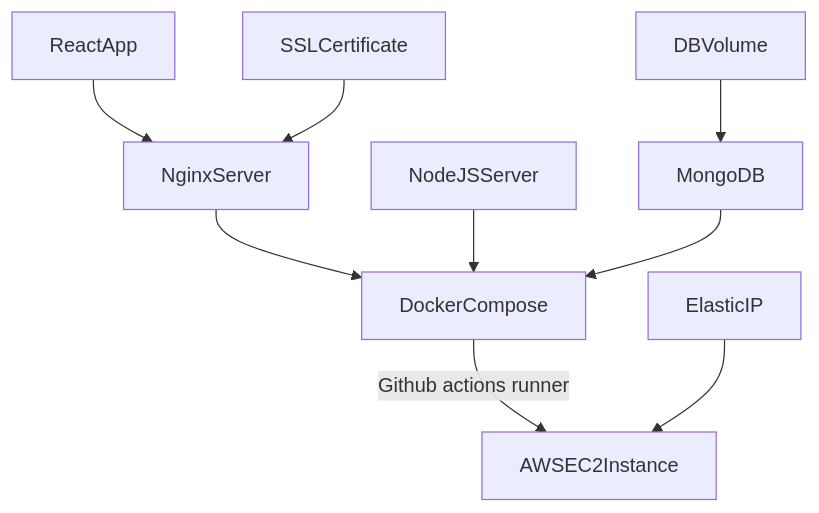
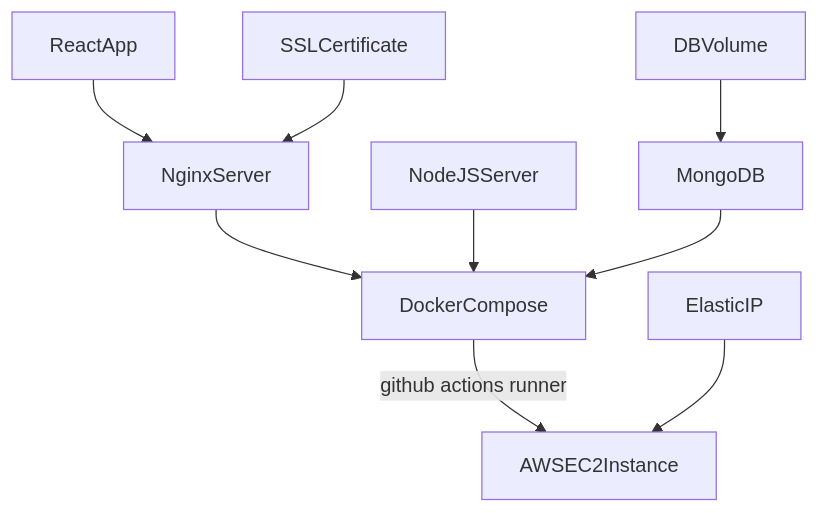
One commit to CarlaCGDM/open-virtual-tours changed the diagram in README.md. Above: the diagram before and after it, drawn with Mermaid.

````diff
--- a/README.md
+++ b/README.md
@@ -26,11 +26,11 @@
 ```mermaid
 graph TD;
     ReactApp-->NginxServer;
     SSLCertificate-->NginxServer;
     NginxServer-->DockerCompose;
     NodeJSServer-->DockerCompose;
     DBVolume-->MongoDB;
     MongoDB-->DockerCompose;
-    DockerCompose--> |Github actions runner| AWSEC2Instance;
+    DockerCompose--> |github actions runner| AWSEC2Instance;
     ElasticIP-->AWSEC2Instance;
 ```
````
